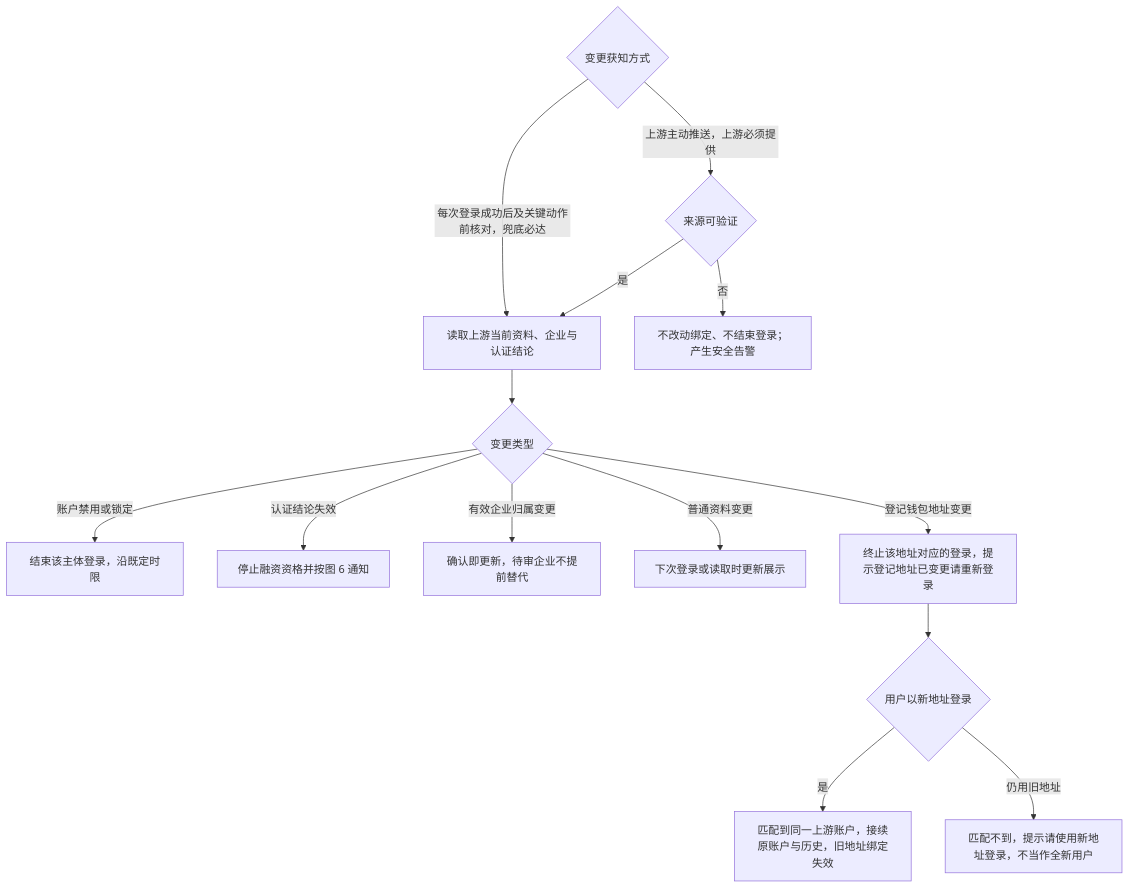
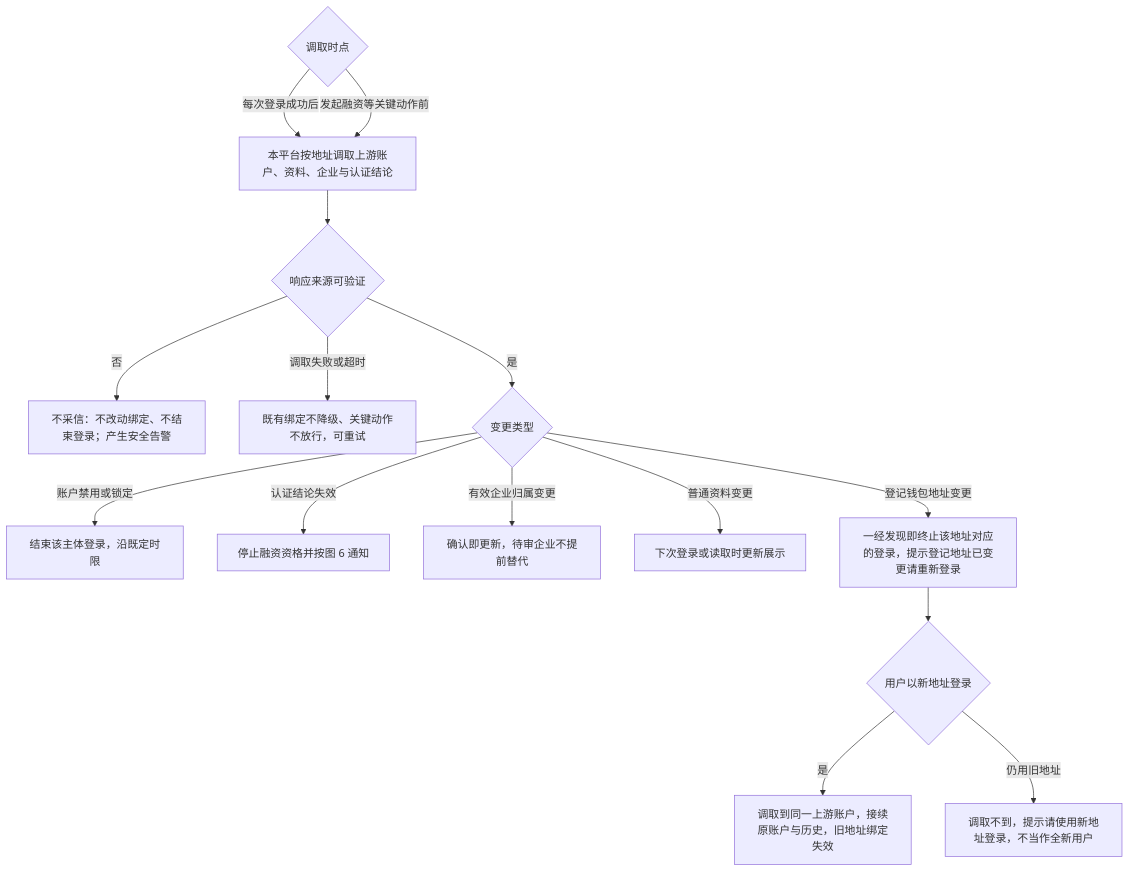
The seventh of 7 diagrams in lending-platform/PRD/v2.0-登录与账户体系/02-登录主干与资产方SSO接入-流程图与状态机.md (wxblockchain/Chain-Financing), drawn with Mermaid before and after one commit. The commit also changed other lines of this file and 3 other files, not shown here.

````diff
--- a/lending-platform/PRD/v2.0-登录与账户体系/02-登录主干与资产方SSO接入-流程图与状态机.md
+++ b/lending-platform/PRD/v2.0-登录与账户体系/02-登录主干与资产方SSO接入-流程图与状态机.md
@@ -156,16 +164,17 @@
 ```mermaid
 flowchart TD
-    SRC{"变更获知方式"} -->|上游主动推送，上游必须提供| VERIFY{"来源可验证"}
-    SRC -->|每次登录成功后及关键动作前核对，兜底必达| READ["读取上游当前资料、企业与认证结论"]
-    VERIFY -->|否| ALERT["不改动绑定、不结束登录；产生安全告警"]
-    VERIFY -->|是| READ
-    READ --> KIND{"变更类型"}
+    SRC{"调取时点"} -->|每次登录成功后| READ["本平台按地址调取上游账户、资料、企业与认证结论"]
+    SRC -->|发起融资等关键动作前| READ
+    READ --> VERIFY{"响应来源可验证"}
+    VERIFY -->|否| ALERT["不采信：不改动绑定、不结束登录；产生安全告警"]
+    VERIFY -->|调取失败或超时| KEEP["既有绑定不降级、关键动作不放行，可重试"]
+    VERIFY -->|是| KIND{"变更类型"}
     KIND -->|账户禁用或锁定| END["结束该主体登录，沿既定时限"]
     KIND -->|认证结论失效| DOWN["停止融资资格并按图 6 通知"]
     KIND -->|有效企业归属变更| ORG["确认即更新，待审企业不提前替代"]
     KIND -->|普通资料变更| MINOR["下次登录或读取时更新展示"]
-    KIND -->|登记钱包地址变更| STOP["终止该地址对应的登录，提示登记地址已变更请重新登录"]
+    KIND -->|登记钱包地址变更| STOP["一经发现即终止该地址对应的登录，提示登记地址已变更请重新登录"]
     STOP --> RELOGIN{"用户以新地址登录"}
-    RELOGIN -->|是| SAME["匹配到同一上游账户，接续原账户与历史，旧地址绑定失效"]
-    RELOGIN -->|仍用旧地址| TELL["匹配不到，提示请使用新地址登录，不当作全新用户"]
+    RELOGIN -->|是| SAME["调取到同一上游账户，接续原账户与历史，旧地址绑定失效"]
+    RELOGIN -->|仍用旧地址| TELL["调取不到，提示请使用新地址登录，不当作全新用户"]
 ```
````
